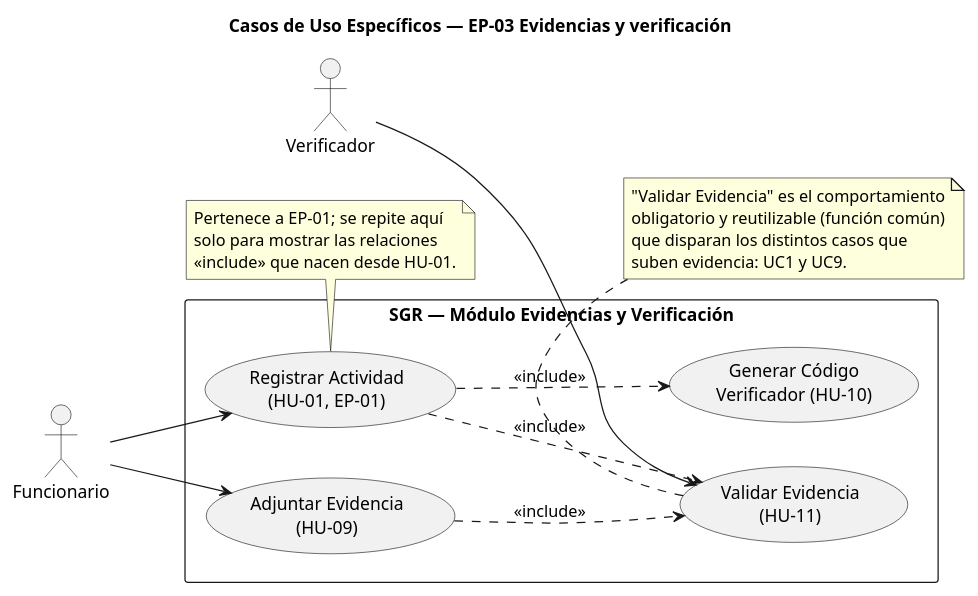
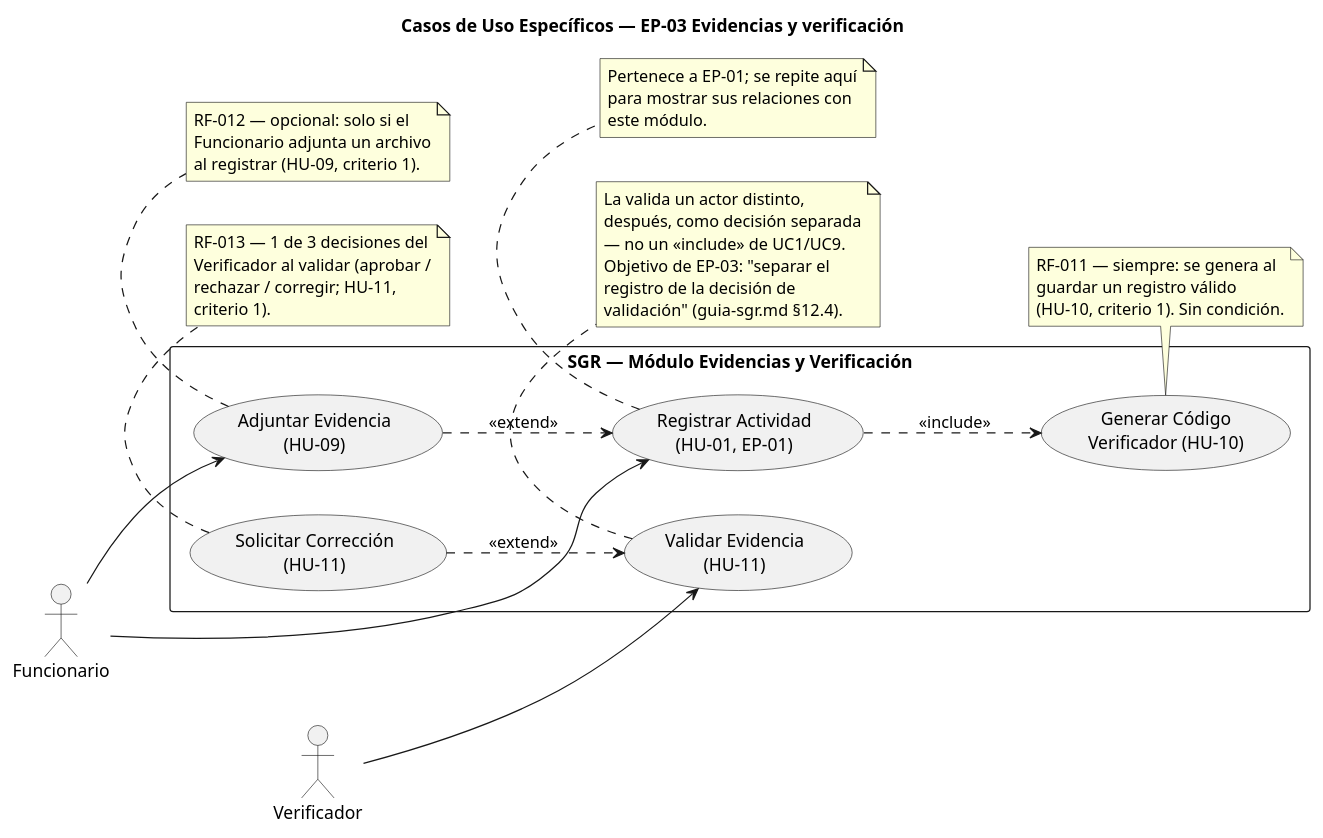
One commit to Ren-reno/ev1 changed the diagram in assets/actividad-3/cu-ep03-evidencias-verificacion.puml. Above: the diagram before and after it, drawn with PlantUML. The commit also changed 9 other files, not shown here.

First line of the commit message:
fix: corregir include/extend en EP-03 (Validar Evidencia)

```diff
--- a/assets/actividad-3/cu-ep03-evidencias-verificacion.puml
+++ b/assets/actividad-3/cu-ep03-evidencias-verificacion.puml
@@ -1,36 +1,58 @@
 @startuml cu-ep03-evidencias-verificacion
 left to right direction
 title Casos de Uso Específicos — EP-03 Evidencias y verificación
 
 actor "Funcionario" as FUN
 actor "Verificador" as VER
 
 rectangle "SGR — Módulo Evidencias y Verificación" {
   usecase "Registrar Actividad\n(HU-01, EP-01)" as UC1
   usecase "Adjuntar Evidencia\n(HU-09)" as UC9
   usecase "Generar Código\nVerificador (HU-10)" as UC10
   usecase "Validar Evidencia\n(HU-11)" as UC11
+  usecase "Solicitar Corrección\n(HU-11)" as UC11B
 }
 
 FUN --> UC1
 FUN --> UC9
 VER --> UC11
 
 UC1 ..> UC10 : <<include>>
-UC1 ..> UC11 : <<include>>
-UC9 ..> UC11 : <<include>>
+UC9 ..> UC1 : <<extend>>
+UC11B ..> UC11 : <<extend>>
 
 note bottom of UC1
   Pertenece a EP-01; se repite aquí
-  solo para mostrar las relaciones
-  <<include>> que nacen desde HU-01.
+  para mostrar sus relaciones con
+  este módulo.
+end note
+
+note bottom of UC10
+  RF-011 — siempre: se genera al
+  guardar un registro válido
+  (HU-10, criterio 1). Sin condición.
+end note
+
+note bottom of UC9
+  RF-012 — opcional: solo si el
+  Funcionario adjunta un archivo
+  al registrar (HU-09, criterio 1).
+end note
+
+note bottom of UC11B
+  RF-013 — 1 de 3 decisiones del
+  Verificador al validar (aprobar /
+  rechazar / corregir; HU-11,
+  criterio 1).
 end note
 
 note bottom of UC11
-  "Validar Evidencia" es el comportamiento
-  obligatorio y reutilizable (función común)
-  que disparan los distintos casos que
-  suben evidencia: UC1 y UC9.
+  La valida un actor distinto,
+  después, como decisión separada
+  — no un <<include>> de UC1/UC9.
+  Objetivo de EP-03: "separar el
+  registro de la decisión de
+  validación" (guia-sgr.md §12.4).
 end note
 
 @enduml
```
